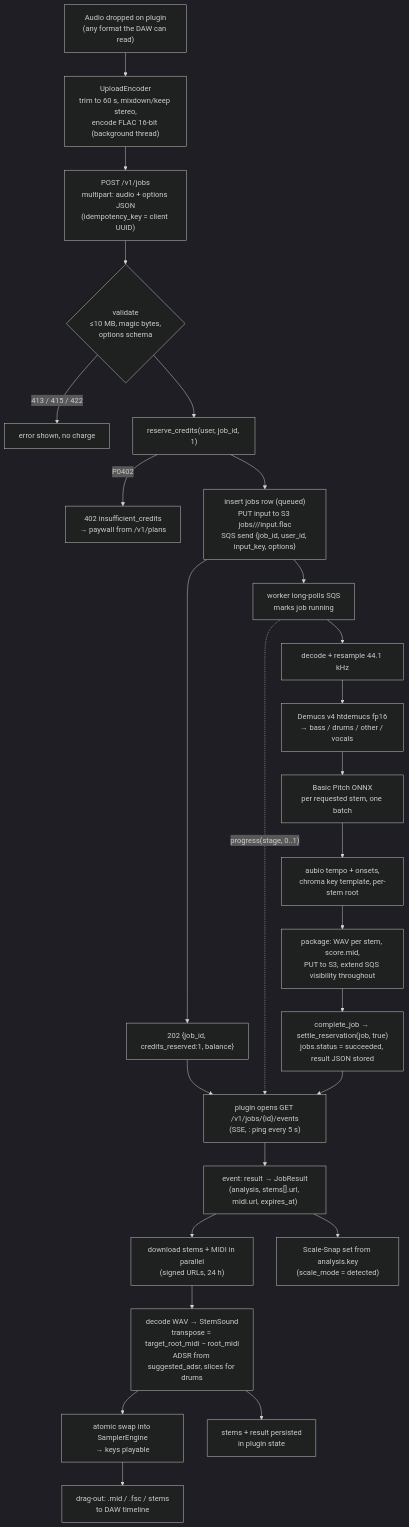
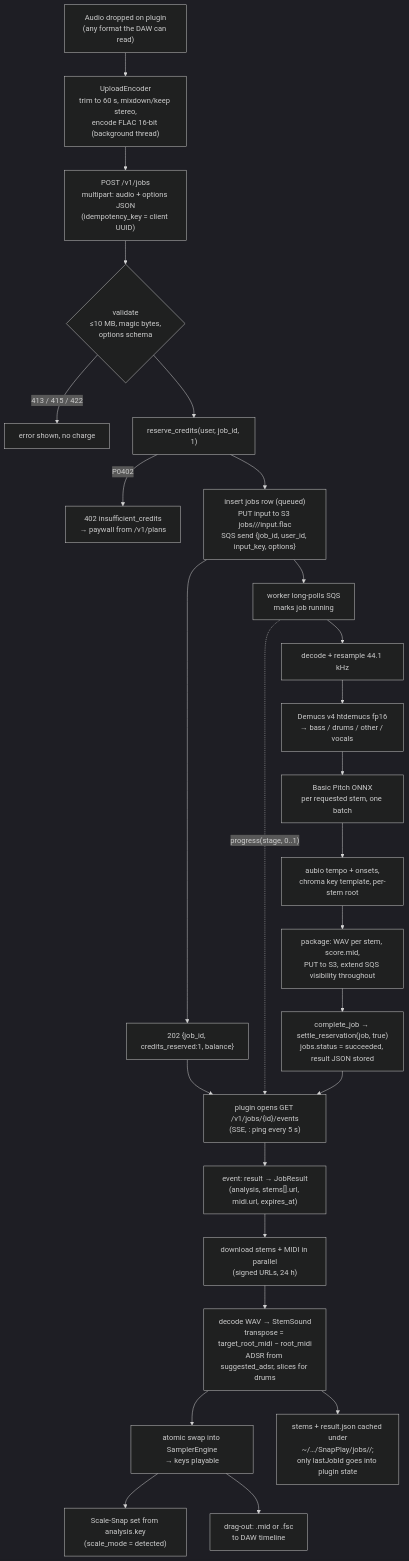
One commit to GregoryDich/GregoryDich changed the second of 7 diagrams in snapplay-ai/docs/ARCHITECTURE.md. Above: the diagram before and after it, drawn with Mermaid (dark theme). The commit also changed other lines of this file and 24 other files, not shown here.

````diff
--- a/snapplay-ai/docs/ARCHITECTURE.md
+++ b/snapplay-ai/docs/ARCHITECTURE.md
@@ -128,28 +128,28 @@
 ```mermaid
 flowchart TD
     A["Audio dropped on plugin\n(any format the DAW can read)"] --> B["UploadEncoder\ntrim to 60 s, mixdown/keep stereo,\nencode FLAC 16-bit (background thread)"]
     B --> C["POST /v1/jobs\nmultipart: audio + options JSON\n(idempotency_key = client UUID)"]
     C --> D{"validate\n≤10 MB, magic bytes,\noptions schema"}
     D -- "413 / 415 / 422" --> X1["error shown, no charge"]
     D --> E["reserve_credits(user, job_id, 1)"]
     E -- "P0402" --> X2["402 insufficient_credits\n→ paywall from /v1/plans"]
     E --> F["insert jobs row (queued)\nPUT input to S3 jobs/<user>/<job>/input.flac\nSQS send {job_id, user_id, input_key, options}"]
     F --> G["202 {job_id, credits_reserved:1, balance}"]
     G --> H["plugin opens GET /v1/jobs/{id}/events\n(SSE, : ping every 5 s)"]
     F --> W1["worker long-polls SQS\nmarks job running"]
     W1 --> W2["decode + resample 44.1 kHz"]
     W2 --> W3["Demucs v4 htdemucs fp16\n→ bass / drums / other / vocals"]
     W3 --> W4["Basic Pitch ONNX\nper requested stem, one batch"]
     W4 --> W5["aubio tempo + onsets,\nchroma key template, per-stem root"]
     W5 --> W6["package: WAV per stem, score.mid,\nPUT to S3, extend SQS visibility throughout"]
     W6 --> W7["complete_job → settle_reservation(job, true)\njobs.status = succeeded, result JSON stored"]
     W1 -. "progress(stage, 0..1)" .-> H
     W7 --> H
     H --> I["event: result → JobResult\n(analysis, stems[].url, midi.url, expires_at)"]
     I --> J["download stems + MIDI in parallel\n(signed URLs, 24 h)"]
     J --> K["decode WAV → StemSound\ntranspose = target_root_midi − root_midi\nADSR from suggested_adsr, slices for drums"]
     K --> L["atomic swap into SamplerEngine\n→ keys playable"]
-    I --> M["Scale-Snap set from analysis.key\n(scale_mode = detected)"]
-    L --> N["drag-out: .mid / .fsc / stems\nto DAW timeline"]
-    K --> O["stems + result persisted\nin plugin state"]
+    L --> M["Scale-Snap set from analysis.key\n(scale_mode = detected)"]
+    L --> N["drag-out: .mid or .fsc\nto DAW timeline"]
+    K --> O["stems + result.json cached under\n~/…/SnapPlay/jobs/<job_id>/;\nonly lastJobId goes into plugin state"]
 ```
````
